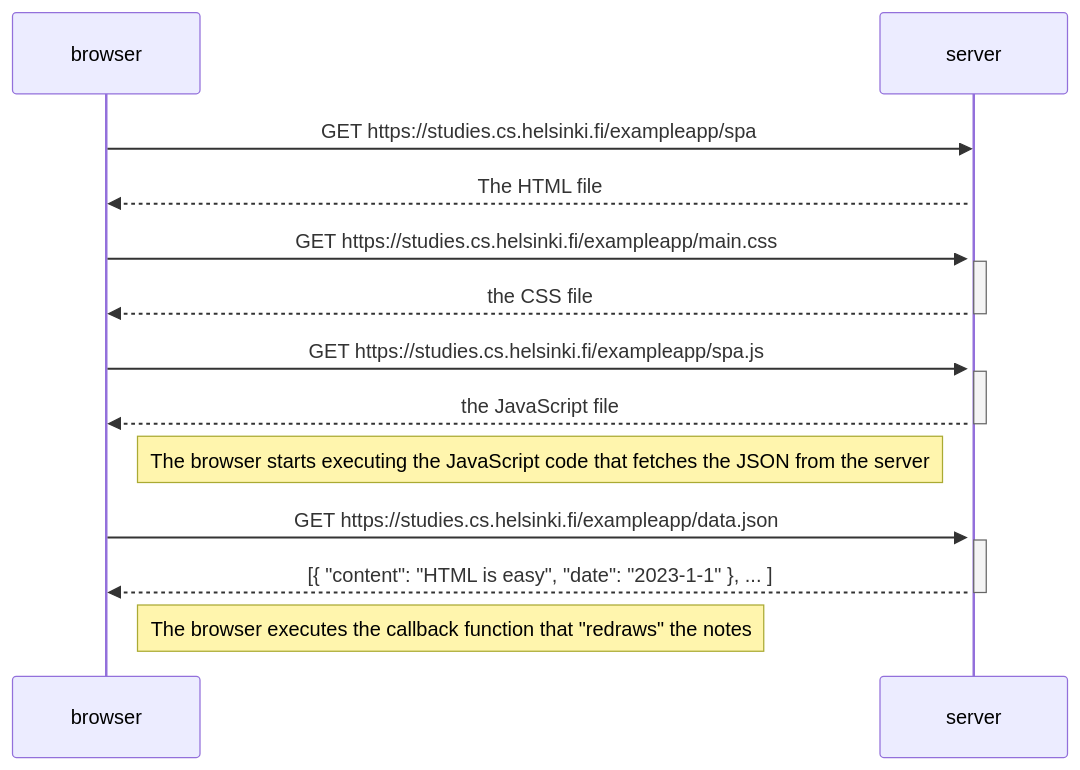
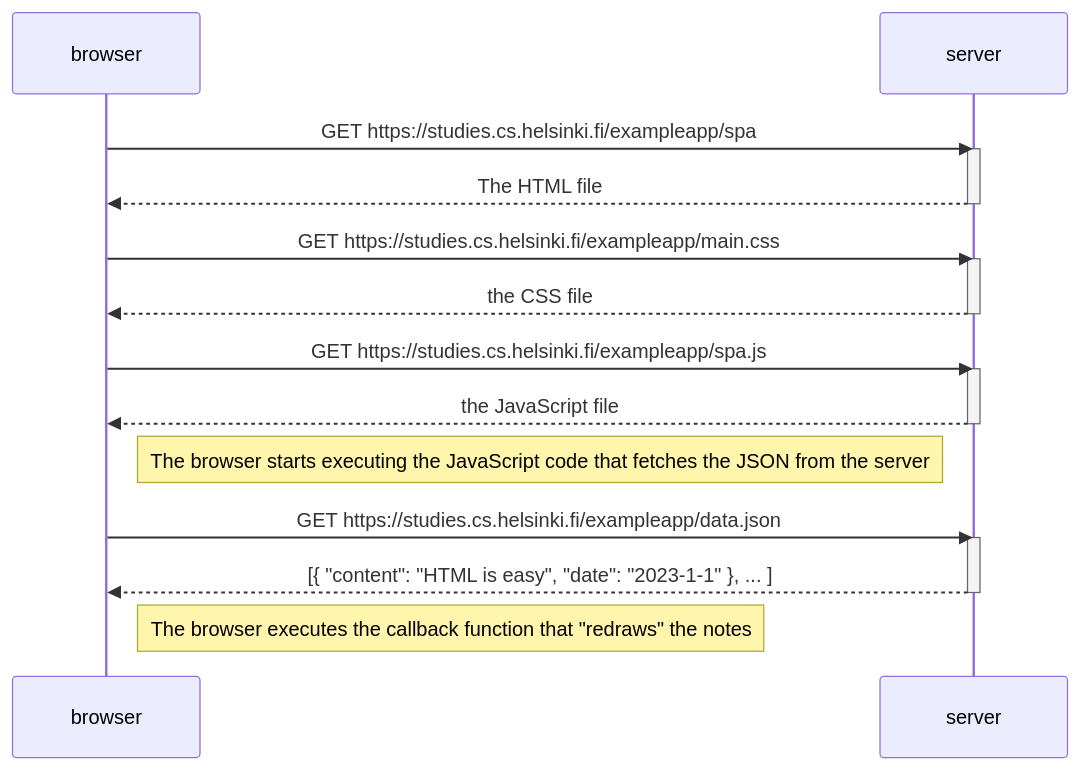
Before and after one commit to Brynjars88/full_stack_specialization: the diagram in part0/0.5.md, drawn with Mermaid. The commit also changed 2 other files, not shown here.

Commit message:
Fixed server response time in diagram

````diff
--- a/part0/0.5.md
+++ b/part0/0.5.md
@@ -1,28 +1,29 @@
 ```mermaid
 sequenceDiagram
     participant browser
     participant server
 
     browser->>server: GET https://studies.cs.helsinki.fi/exampleapp/spa
     activate server
     server-->>browser: The HTML file
+    deactivate server
 
     browser->>server: GET https://studies.cs.helsinki.fi/exampleapp/main.css
     activate server
     server-->>browser: the CSS file
     deactivate server
 
     browser->>server: GET https://studies.cs.helsinki.fi/exampleapp/spa.js
     activate server
     server-->>browser: the JavaScript file
     deactivate server
 
     Note right of browser: The browser starts executing the JavaScript code that fetches the JSON from the server
 
     browser->>server: GET https://studies.cs.helsinki.fi/exampleapp/data.json
     activate server
     server-->>browser: [{ "content": "HTML is easy", "date": "2023-1-1" }, ... ]
     deactivate server
 
     Note right of browser: The browser executes the callback function that "redraws" the notes
 ```
````
